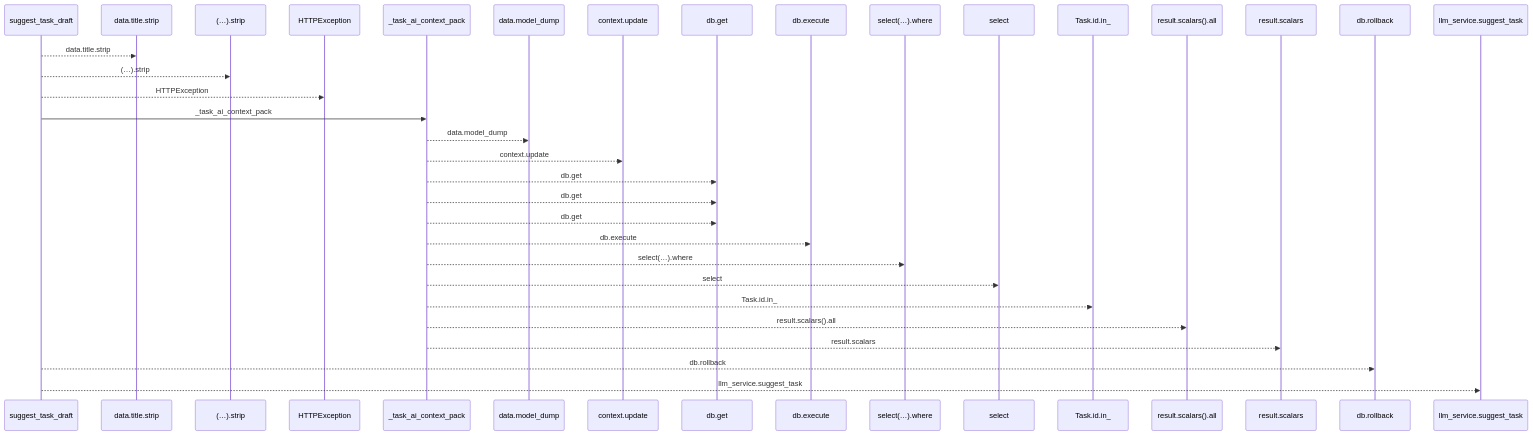
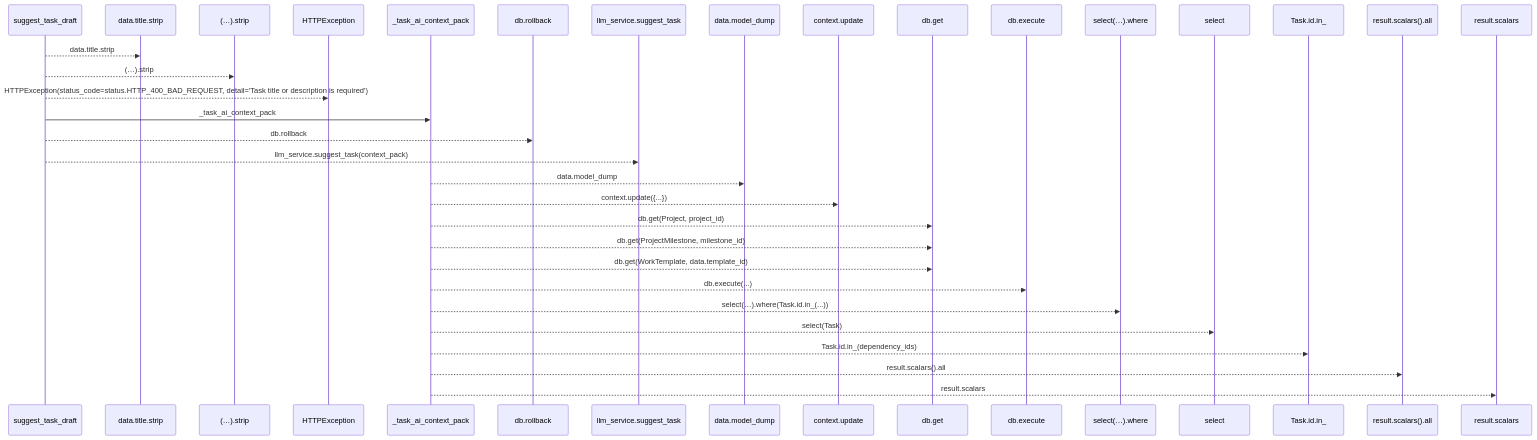
One commit to Denissvgn/WorkChord changed the first of 2 diagrams in docs/llm_wiki/flows/http-suggest_task_draft.md. Above: the diagram before and after it, drawn with Mermaid. The commit also changed other lines of this file and 25171 other files, not shown here.

````diff
--- a/docs/llm_wiki/flows/http-suggest_task_draft.md
+++ b/docs/llm_wiki/flows/http-suggest_task_draft.md
@@ -10,36 +12,36 @@
 ```mermaid
 sequenceDiagram
     participant p0 as suggest_task_draft
     participant p1 as data.title.strip
     participant p2 as (…).strip
     participant p3 as HTTPException
     participant p4 as _task_ai_context_pack
-    participant p5 as data.model_dump
-    participant p6 as context.update
-    participant p7 as db.get
-    participant p8 as db.execute
-    participant p9 as select(…).where
-    participant p10 as select
-    participant p11 as Task.id.in_
-    participant p12 as result.scalars().all
-    participant p13 as result.scalars
-    participant p14 as db.rollback
-    participant p15 as llm_service.suggest_task
+    participant p5 as db.rollback
+    participant p6 as llm_service.suggest_task
+    participant p7 as data.model_dump
+    participant p8 as context.update
+    participant p9 as db.get
+    participant p10 as db.execute
+    participant p11 as select(…).where
+    participant p12 as select
+    participant p13 as Task.id.in_
+    participant p14 as result.scalars().all
+    participant p15 as result.scalars
     p0-->>p1: data.title.strip
     p0-->>p2: (…).strip
-    p0-->>p3: HTTPException
+    p0-->>p3: HTTPException(status_code=status.HTTP_400_BAD_REQUEST, detail='Task title or description is required')
     p0->>p4: _task_ai_context_pack
-    p4-->>p5: data.model_dump
-    p4-->>p6: context.update
-    p4-->>p7: db.get
-    p4-->>p7: db.get
-    p4-->>p7: db.get
-    p4-->>p8: db.execute
-    p4-->>p9: select(…).where
-    p4-->>p10: select
-    p4-->>p11: Task.id.in_
-    p4-->>p12: result.scalars().all
-    p4-->>p13: result.scalars
-    p0-->>p14: db.rollback
-    p0-->>p15: llm_service.suggest_task
+    p0-->>p5: db.rollback
+    p0-->>p6: llm_service.suggest_task(context_pack)
+    p4-->>p7: data.model_dump
+    p4-->>p8: context.update({...})
+    p4-->>p9: db.get(Project, project_id)
+    p4-->>p9: db.get(ProjectMilestone, milestone_id)
+    p4-->>p9: db.get(WorkTemplate, data.template_id)
+    p4-->>p10: db.execute(...)
+    p4-->>p11: select(…).where(Task.id.in_(...))
+    p4-->>p12: select(Task)
+    p4-->>p13: Task.id.in_(dependency_ids)
+    p4-->>p14: result.scalars().all
+    p4-->>p15: result.scalars
 ```
````
